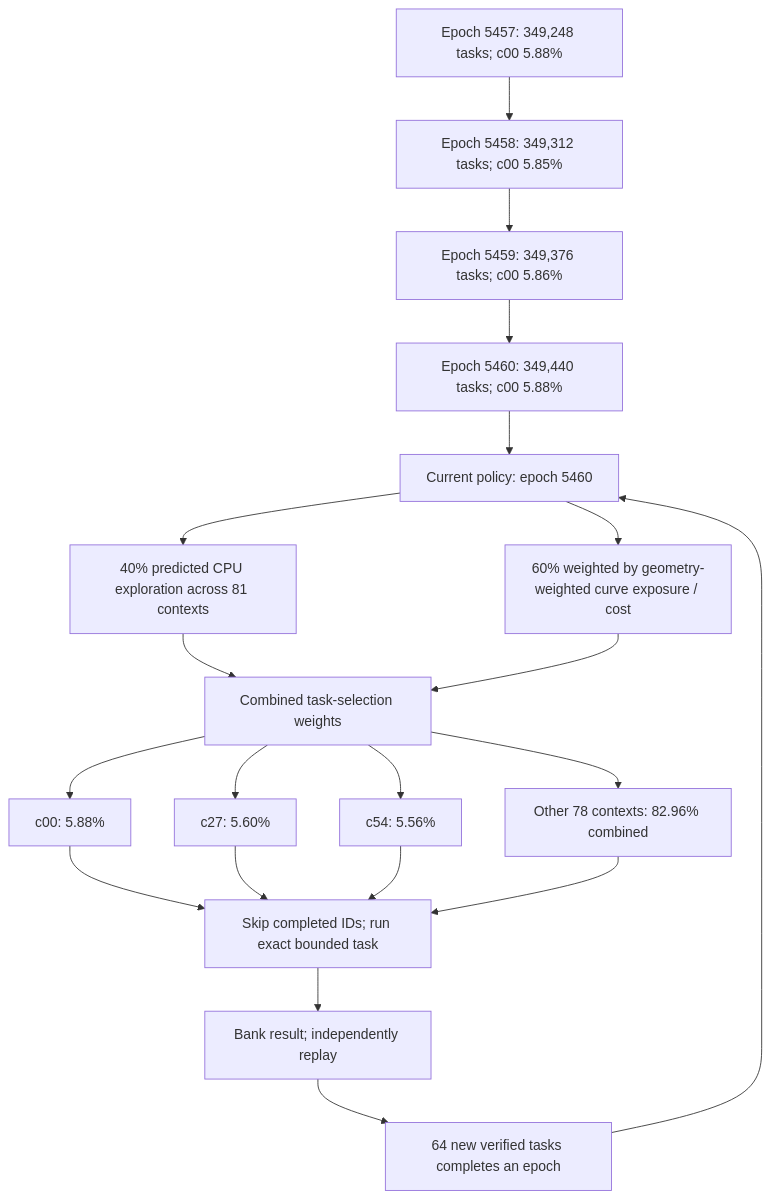
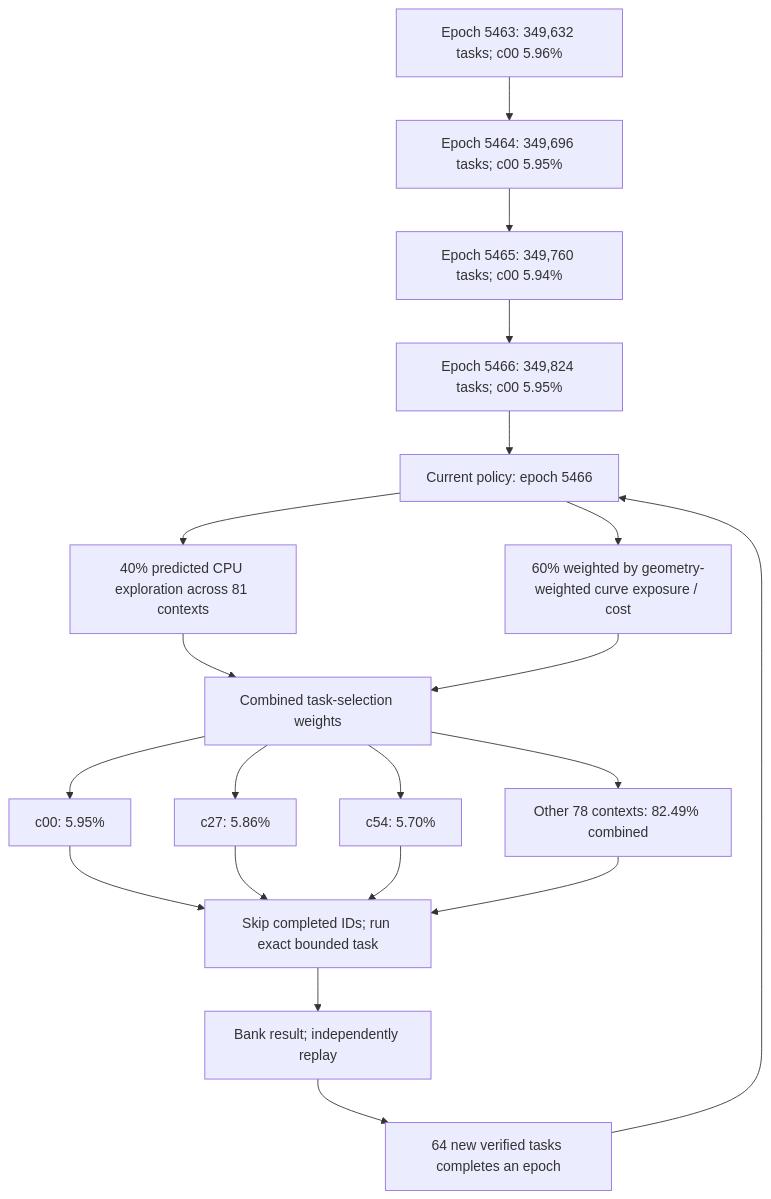
Before and after one commit to Kuberwastaken/math-gambling: the first of 3 diagrams in README.md, drawn with Mermaid. The commit also changed other lines of this file and 1247 other files, not shown here.

````diff
--- a/README.md
+++ b/README.md
@@ -60,27 +60,27 @@
 ```mermaid
 flowchart TD
-    H0["Epoch 5457: 349,248 tasks; c00 5.88%"]
-    H1["Epoch 5458: 349,312 tasks; c00 5.85%"]
+    H0["Epoch 5463: 349,632 tasks; c00 5.96%"]
+    H1["Epoch 5464: 349,696 tasks; c00 5.95%"]
     H0 --> H1
-    H2["Epoch 5459: 349,376 tasks; c00 5.86%"]
+    H2["Epoch 5465: 349,760 tasks; c00 5.94%"]
     H1 --> H2
-    H3["Epoch 5460: 349,440 tasks; c00 5.88%"]
+    H3["Epoch 5466: 349,824 tasks; c00 5.95%"]
     H2 --> H3
-    Policy["Current policy: epoch 5460"]
+    Policy["Current policy: epoch 5466"]
     H3 --> Policy
     Policy --> Explore["40% predicted CPU exploration across 81 contexts"]
     Policy --> Cost["60% weighted by geometry-weighted curve exposure / cost"]
     Explore --> Mix["Combined task-selection weights"]
     Cost --> Mix
-    Mix --> C0["c00: 5.88%"]
-    Mix --> C1["c27: 5.60%"]
-    Mix --> C2["c54: 5.56%"]
-    Mix --> Rest["Other 78 contexts: 82.96% combined"]
+    Mix --> C0["c00: 5.95%"]
+    Mix --> C1["c27: 5.86%"]
+    Mix --> C2["c54: 5.70%"]
+    Mix --> Rest["Other 78 contexts: 82.49% combined"]
     C0 --> Check["Skip completed IDs; run exact bounded task"]
     C1 --> Check
     C2 --> Check
     Rest --> Check
     Check --> Replay["Bank result; independently replay"]
     Replay --> Gate["64 new verified tasks completes an epoch"]
     Gate --> Policy
 ```
````
